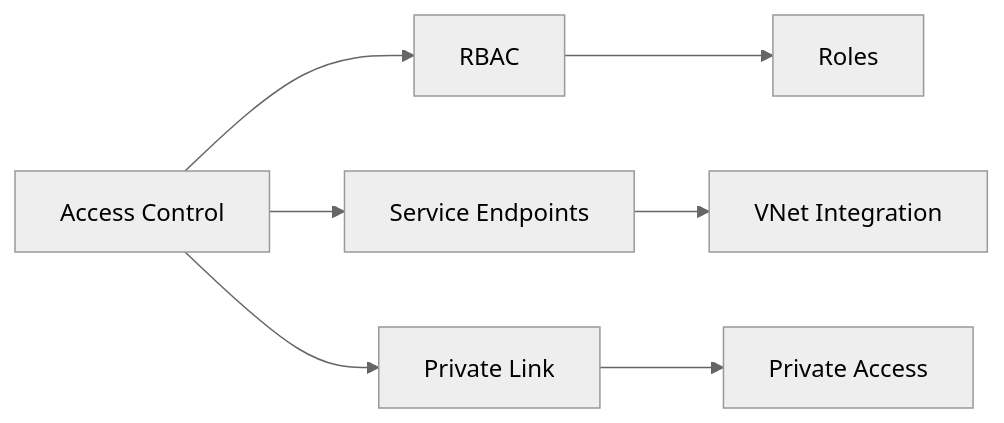
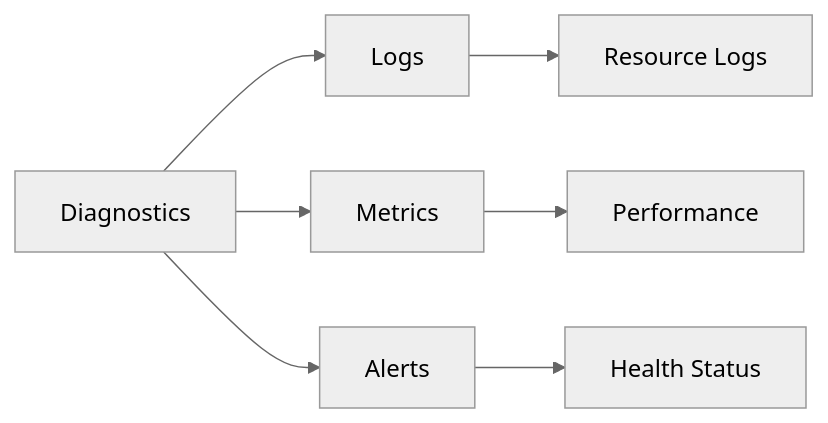
The tenth of 18 diagrams in src/azure/az-104/Load_Balancing.md (saravanakumarrc/Architecture_Journey), drawn with Mermaid (neutral theme) before and after one commit. The commit also changed other lines of this file and 6 other files, not shown here.

````diff
--- a/src/azure/az-104/Load_Balancing.md
+++ b/src/azure/az-104/Load_Balancing.md
@@ -151,10 +176,10 @@
 ```mermaid
 graph LR
-    A[Access Control] --> B[RBAC]
-    A --> C[Service Endpoints]
-    A --> D[Private Link]
+    A[Diagnostics] --> B[Logs]
+    A --> C[Metrics]
+    A --> D[Alerts]
     
-    B --> E[Roles]
-    C --> F[VNet Integration]
-    D --> G[Private Access]
+    B --> E[Resource Logs]
+    C --> F[Performance]
+    D --> G[Health Status]
 ```
````
